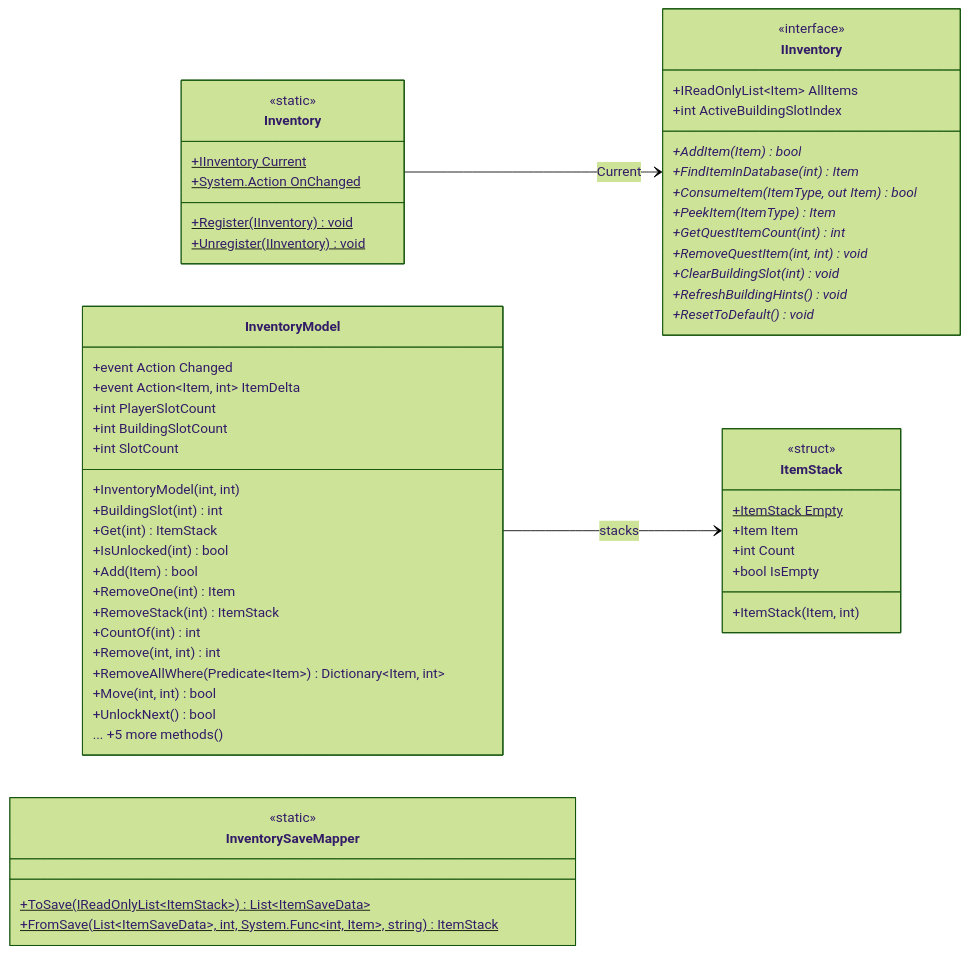
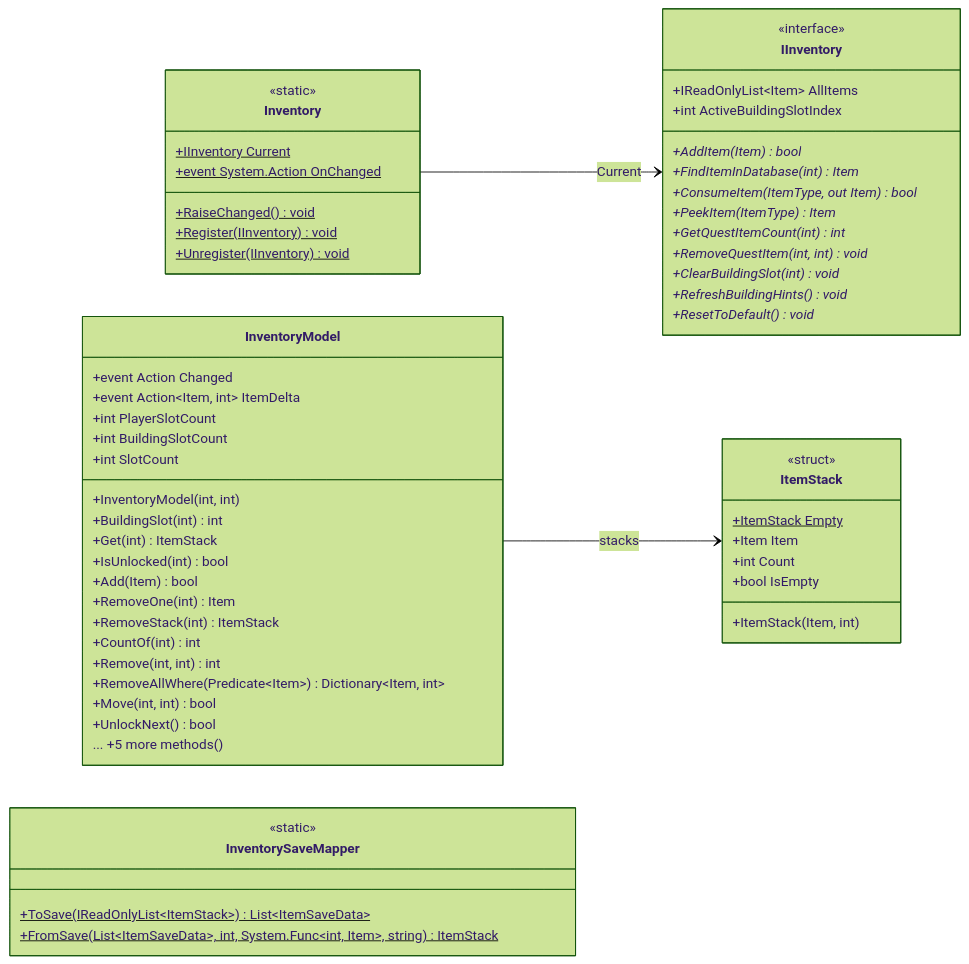
One commit to PhumipatWave/project-ocean changed the diagram in docs/uml/modules/Gameplay_Inventory.md. Above: the diagram before and after it, drawn with Mermaid (forest theme). The commit also changed other lines of this file and 55 other files, not shown here.

````diff
--- a/docs/uml/modules/Gameplay_Inventory.md
+++ b/docs/uml/modules/Gameplay_Inventory.md
@@ -7,60 +7,61 @@
 ```mermaid
 classDiagram
   direction LR
   class IInventory {
     <<interface>>
     +IReadOnlyList~Item~ AllItems
     +int ActiveBuildingSlotIndex
     +AddItem(Item)* bool
     +FindItemInDatabase(int)* Item
     +ConsumeItem(ItemType, out Item)* bool
     +PeekItem(ItemType)* Item
     +GetQuestItemCount(int)* int
     +RemoveQuestItem(int, int)* void
     +ClearBuildingSlot(int)* void
     +RefreshBuildingHints()* void
     +ResetToDefault()* void
   }
   class Inventory {
     <<static>>
     +IInventory Current$
-    +System.Action OnChanged$
+    +event System.Action OnChanged$
+    +RaiseChanged()$ void
     +Register(IInventory)$ void
     +Unregister(IInventory)$ void
   }
   class InventoryModel {
     +event Action Changed
     +event Action~Item, int~ ItemDelta
     +int PlayerSlotCount
     +int BuildingSlotCount
     +int SlotCount
     +InventoryModel(int, int)
     +BuildingSlot(int) int
     +Get(int) ItemStack
     +IsUnlocked(int) bool
     +Add(Item) bool
     +RemoveOne(int) Item
     +RemoveStack(int) ItemStack
     +CountOf(int) int
     +Remove(int, int) int
     +RemoveAllWhere(Predicate~Item~) Dictionary~Item, int~
     +Move(int, int) bool
     +UnlockNext() bool
     ... +5 more methods()
   }
   class InventorySaveMapper {
     <<static>>
     +ToSave(IReadOnlyList~ItemStack~)$ List~ItemSaveData~
     +FromSave(List~ItemSaveData~, int, System.Func~int, Item~, string)$ ItemStack
   }
   class ItemStack {
     <<struct>>
     +ItemStack Empty$
     +Item Item
     +int Count
     +bool IsEmpty
     +ItemStack(Item, int)
   }
   Inventory --> IInventory : Current
   InventoryModel --> ItemStack : stacks
 ```
````
